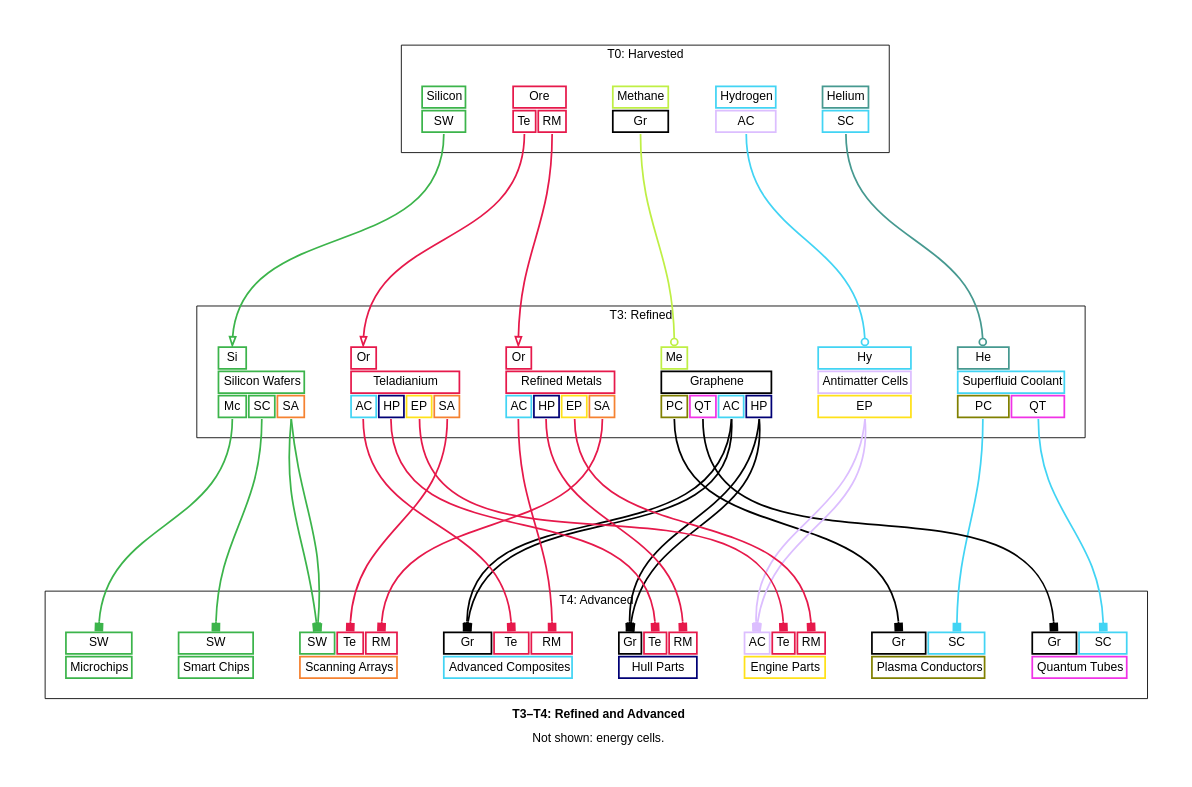
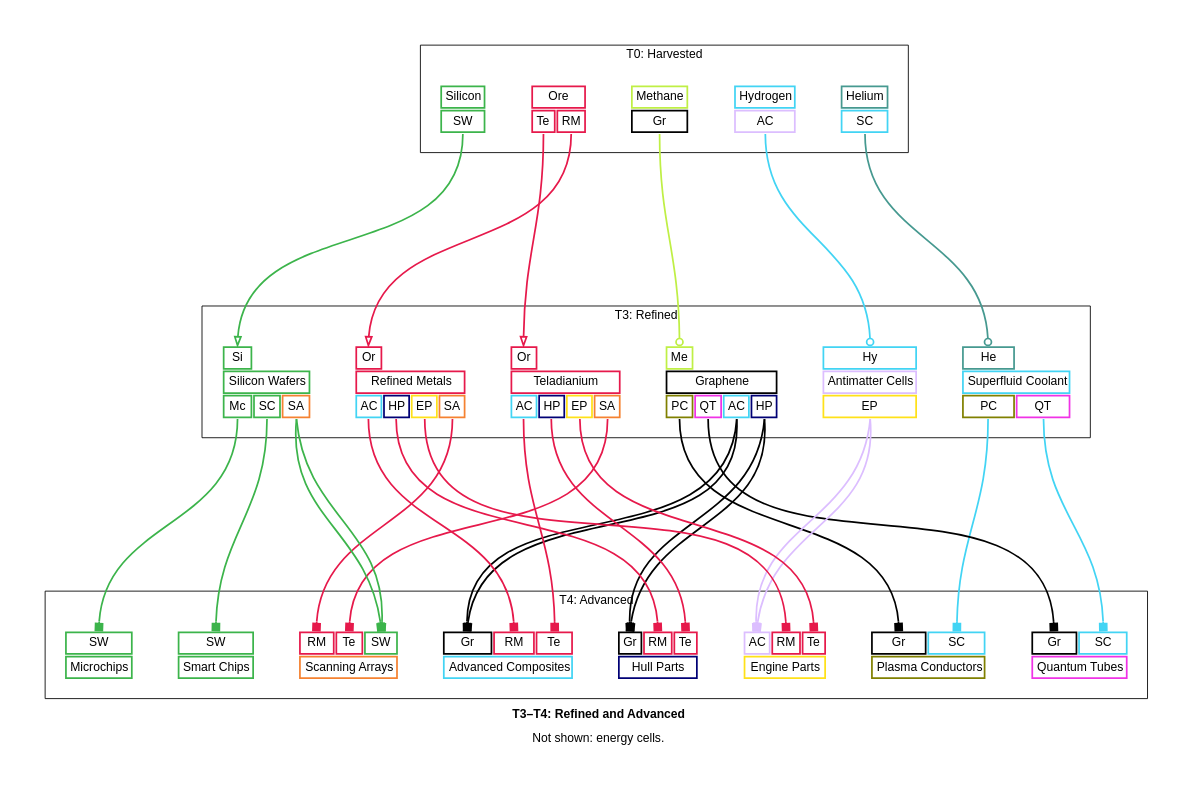
One commit to borntyping/x4-diagrams changed the diagram in docs/t3_t4_refined_and_advanced_graph_simplified.dot. Above: the diagram before and after it, drawn with Graphviz. The commit also changed other lines of this file and 44 other files, not shown here.

```diff
--- a/docs/t3_t4_refined_and_advanced_graph_simplified.dot
+++ b/docs/t3_t4_refined_and_advanced_graph_simplified.dot
@@ -254,9 +254,9 @@
       
         <td align="text" bgcolor="white" color="#000000" port="graphene">Gr</td>
       
+        <td align="text" bgcolor="white" color="#e6194B" port="refined_metals">RM</td>
+      
         <td align="text" bgcolor="white" color="#e6194B" port="teladianium">Te</td>
-      
-        <td align="text" bgcolor="white" color="#e6194B" port="refined_metals">RM</td>
       
     </tr>
   
@@ -271,9 +271,9 @@
       
         <td align="text" bgcolor="white" color="#000000" port="graphene">Gr</td>
       
+        <td align="text" bgcolor="white" color="#e6194B" port="refined_metals">RM</td>
+      
         <td align="text" bgcolor="white" color="#e6194B" port="teladianium">Te</td>
-      
-        <td align="text" bgcolor="white" color="#e6194B" port="refined_metals">RM</td>
       
     </tr>
   
@@ -288,9 +288,9 @@
       
         <td align="text" bgcolor="white" color="#dcbeff" port="antimatter_cells">AC</td>
       
+        <td align="text" bgcolor="white" color="#e6194B" port="refined_metals">RM</td>
+      
         <td align="text" bgcolor="white" color="#e6194B" port="teladianium">Te</td>
-      
-        <td align="text" bgcolor="white" color="#e6194B" port="refined_metals">RM</td>
       
     </tr>
   
@@ -329,11 +329,11 @@
   
     <tr>
       
-        <td align="text" bgcolor="white" color="#3cb44b" port="silicon_wafers">SW</td>
+        <td align="text" bgcolor="white" color="#e6194B" port="refined_metals">RM</td>
       
         <td align="text" bgcolor="white" color="#e6194B" port="teladianium">Te</td>
       
-        <td align="text" bgcolor="white" color="#e6194B" port="refined_metals">RM</td>
+        <td align="text" bgcolor="white" color="#3cb44b" port="silicon_wafers">SW</td>
       
     </tr>
   
```
